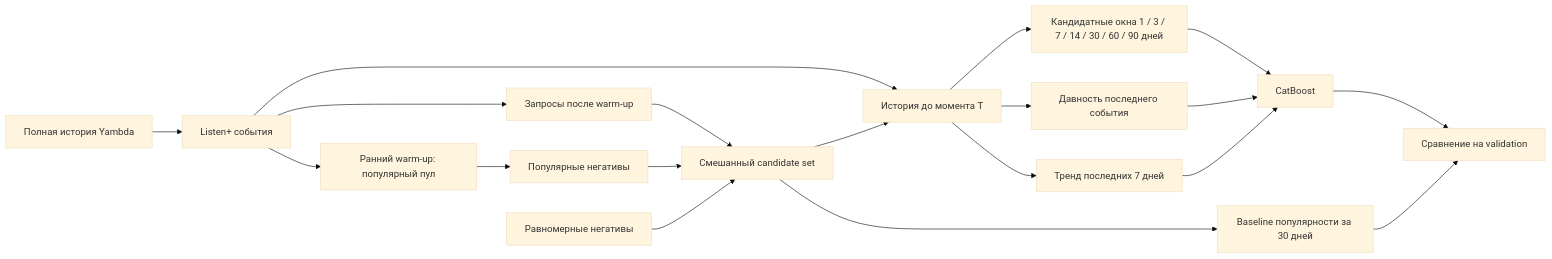
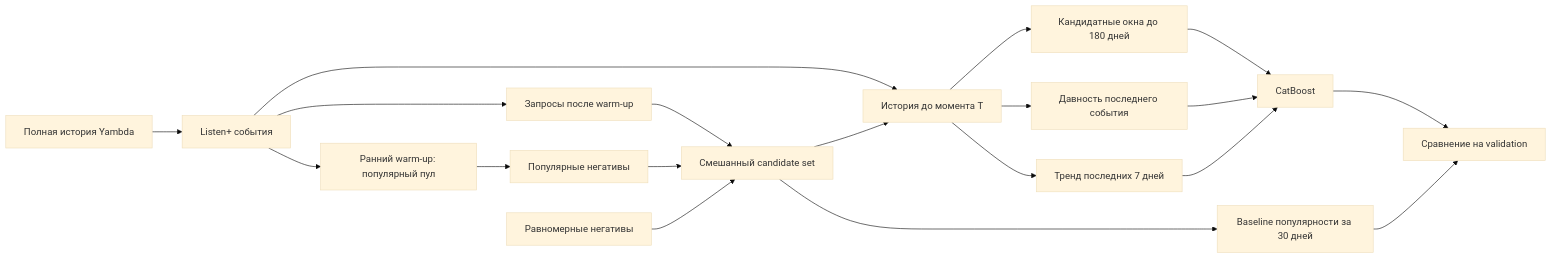
One commit to Islam-Y/RecSys changed the diagram in README.md. Above: the diagram before and after it, drawn with Mermaid (base theme). The commit also changed other lines of this file and 6 other files, not shown here.

````diff
--- a/README.md
+++ b/README.md
@@ -40,21 +40,21 @@
 ```mermaid
 flowchart LR
     A[Полная история Yambda] --> B[Listen+ события]
     B --> C[Ранний warm-up: популярный пул]
     B --> D[Запросы после warm-up]
     C --> E[Популярные негативы]
     D --> F[Смешанный candidate set]
     E --> F
     G[Равномерные негативы] --> F
     B --> H[История до момента T]
     F --> H
-    H --> W[Кандидатные окна 1 / 3 / 7 / 14 / 30 / 60 / 90 дней]
+    H --> W[Кандидатные окна до 180 дней]
     H --> R[Давность последнего события]
     H --> T[Тренд последних 7 дней]
     W --> I[CatBoost]
     R --> I
     T --> I
     I --> J[Сравнение на validation]
     F --> K[Baseline популярности за 30 дней]
     K --> J
 ```
````
